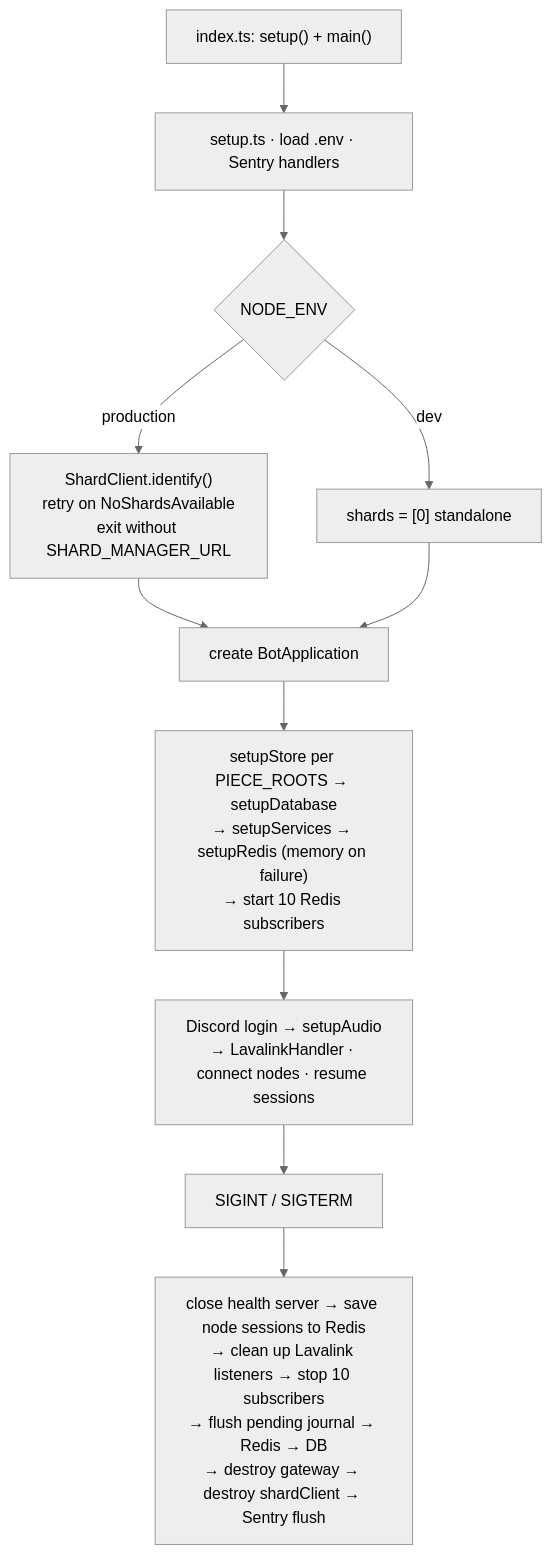
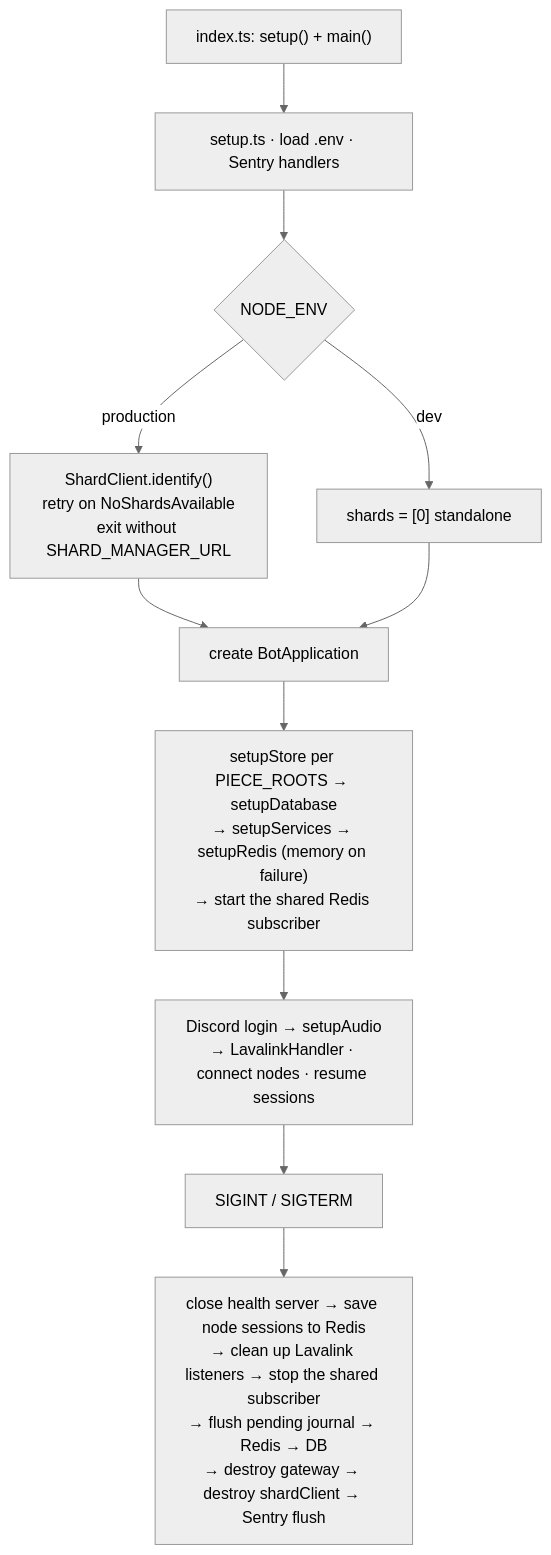
Before and after one commit to mochilabs/SiruBOT: the tenth of 10 diagrams in docs/architecture.md, drawn with Mermaid (neutral theme). The commit also changed other lines of this file and 7 other files, not shown here.

````diff
--- a/docs/architecture.md
+++ b/docs/architecture.md
@@ -460,13 +460,13 @@
 ```mermaid
 flowchart TD
     A["index.ts: setup() + main()"] --> B["setup.ts · load .env · Sentry handlers"]
     B --> C{"NODE_ENV"}
     C -->|production| D["ShardClient.identify()<br/>retry on NoShardsAvailable<br/>exit without SHARD_MANAGER_URL"]
     C -->|dev| E["shards = [0] standalone"]
     D --> F["create BotApplication"]
     E --> F
-    F --> G["setupStore per PIECE_ROOTS → setupDatabase<br/>→ setupServices → setupRedis (memory on failure)<br/>→ start 10 Redis subscribers"]
+    F --> G["setupStore per PIECE_ROOTS → setupDatabase<br/>→ setupServices → setupRedis (memory on failure)<br/>→ start the shared Redis subscriber"]
     G --> H["Discord login → setupAudio<br/>→ LavalinkHandler · connect nodes · resume sessions"]
     H --> I["SIGINT / SIGTERM"]
-    I --> N["close health server → save node sessions to Redis<br/>→ clean up Lavalink listeners → stop 10 subscribers<br/>→ flush pending journal → Redis → DB<br/>→ destroy gateway → destroy shardClient → Sentry flush"]
+    I --> N["close health server → save node sessions to Redis<br/>→ clean up Lavalink listeners → stop the shared subscriber<br/>→ flush pending journal → Redis → DB<br/>→ destroy gateway → destroy shardClient → Sentry flush"]
 ```
````
